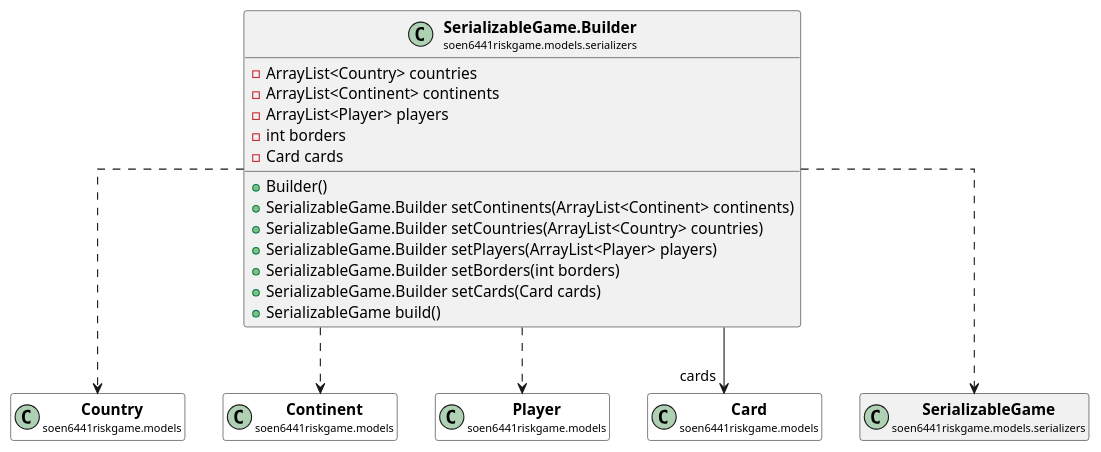
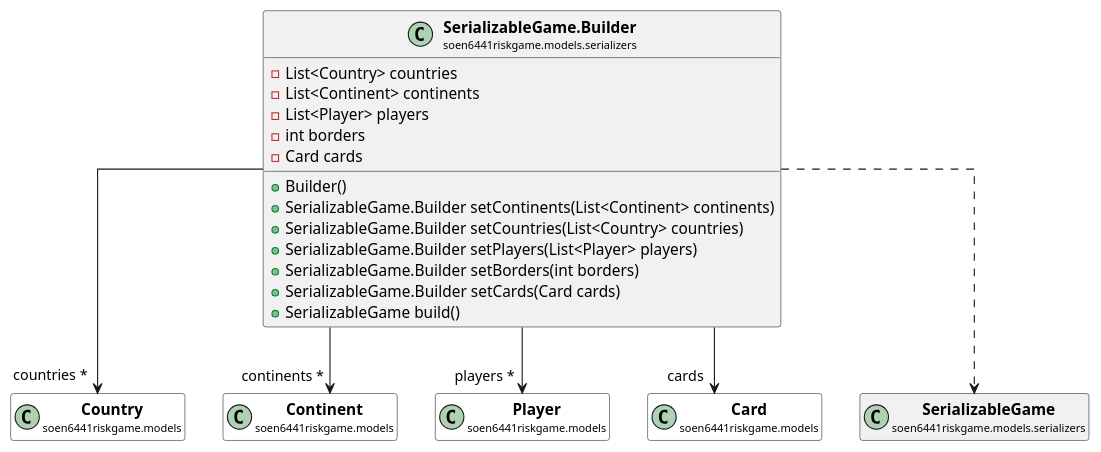
The diagram in docs/javadocs/soen6441riskgame/models/serializers/SerializableGame.Builder.puml (huntertran/soen6441-riskgame), drawn with PlantUML before and after one commit. The commit also changed 222 other files, not shown here.

```diff
--- a/docs/javadocs/soen6441riskgame/models/serializers/SerializableGame.Builder.puml
+++ b/docs/javadocs/soen6441riskgame/models/serializers/SerializableGame.Builder.puml
@@ -1,66 +1,66 @@
 @startuml
 
 skinparam svgLinkTarget _parent
 skinparam linetype ortho
 set namespaceSeparator none
 class "<b><size:14>SerializableGame.Builder</b>\n<size:10>soen6441riskgame.models.serializers" as soen6441riskgame.models.serializers.SerializableGame.Builder  [[../../../soen6441riskgame/models/serializers/SerializableGame.Builder.html{soen6441riskgame.models.serializers.SerializableGame.Builder}]] {
--ArrayList<Country> countries
--ArrayList<Continent> continents
--ArrayList<Player> players
+-List<Country> countries
+-List<Continent> continents
+-List<Player> players
 -int borders
 -Card cards
 +Builder()
-+SerializableGame.Builder setContinents(ArrayList<Continent> continents)
-+SerializableGame.Builder setCountries(ArrayList<Country> countries)
-+SerializableGame.Builder setPlayers(ArrayList<Player> players)
++SerializableGame.Builder setContinents(List<Continent> continents)
++SerializableGame.Builder setCountries(List<Country> countries)
++SerializableGame.Builder setPlayers(List<Player> players)
 +SerializableGame.Builder setBorders(int borders)
 +SerializableGame.Builder setCards(Card cards)
 +SerializableGame build()
 }
 
 
 
 class "<b><size:14>Country</b>\n<size:10>soen6441riskgame.models" as soen6441riskgame.models.Country  [[../../../soen6441riskgame/models/Country.html{soen6441riskgame.models.Country}]] #white {
 }
 
 hide soen6441riskgame.models.Country fields
 hide soen6441riskgame.models.Country methods
 
-soen6441riskgame.models.serializers.SerializableGame.Builder ..> soen6441riskgame.models.Country
+soen6441riskgame.models.serializers.SerializableGame.Builder -->  "countries *" soen6441riskgame.models.Country
 
 
 class "<b><size:14>Continent</b>\n<size:10>soen6441riskgame.models" as soen6441riskgame.models.Continent  [[../../../soen6441riskgame/models/Continent.html{soen6441riskgame.models.Continent}]] #white {
 }
 
 hide soen6441riskgame.models.Continent fields
 hide soen6441riskgame.models.Continent methods
 
-soen6441riskgame.models.serializers.SerializableGame.Builder ..> soen6441riskgame.models.Continent
+soen6441riskgame.models.serializers.SerializableGame.Builder -->  "continents *" soen6441riskgame.models.Continent
 
 
 class "<b><size:14>Player</b>\n<size:10>soen6441riskgame.models" as soen6441riskgame.models.Player  [[../../../soen6441riskgame/models/Player.html{soen6441riskgame.models.Player}]] #white {
 }
 
 hide soen6441riskgame.models.Player fields
 hide soen6441riskgame.models.Player methods
 
-soen6441riskgame.models.serializers.SerializableGame.Builder ..> soen6441riskgame.models.Player
+soen6441riskgame.models.serializers.SerializableGame.Builder -->  "players *" soen6441riskgame.models.Player
 
 class "<b><size:14>Card</b>\n<size:10>soen6441riskgame.models" as soen6441riskgame.models.Card  [[../../../soen6441riskgame/models/Card.html{soen6441riskgame.models.Card}]] #white {
 }
 
 hide soen6441riskgame.models.Card fields
 hide soen6441riskgame.models.Card methods
 
 soen6441riskgame.models.serializers.SerializableGame.Builder -->  "cards" soen6441riskgame.models.Card
 
 class "<b><size:14>SerializableGame</b>\n<size:10>soen6441riskgame.models.serializers" as soen6441riskgame.models.serializers.SerializableGame  [[../../../soen6441riskgame/models/serializers/SerializableGame.html{soen6441riskgame.models.serializers.SerializableGame}]] {
 }
 
 hide soen6441riskgame.models.serializers.SerializableGame fields
 hide soen6441riskgame.models.serializers.SerializableGame methods
 
 soen6441riskgame.models.serializers.SerializableGame.Builder ..> soen6441riskgame.models.serializers.SerializableGame
 
 
 @enduml
```
